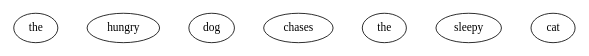
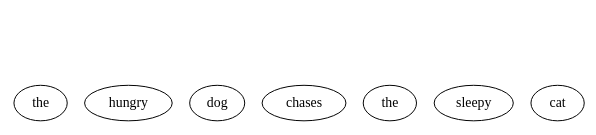
Before and after one commit to rickneff/rickneff.github.io: the first of 20 diagrams in home-stretch/last-chapter.org, drawn with Graphviz. The commit also changed other lines of this file and 19 other files, not shown here.

```diff
--- a/home-stretch/last-chapter.org
+++ b/home-stretch/last-chapter.org
@@ -689,23 +708,25 @@
-#+BEGIN_SRC dot :file img/fig-leaves-of-the-parse-tree.png
+#+BEGIN_SRC dot :file img/fig-leaves-of-the-parse-tree.png :results output :exports results :eval no-export
   graph leaves {
-    rankdir="LR";
-    size="6,1";
+    size="6,3";
 
+    node [shape=none label=""] pa;
     node [shape=ellipse];
 
     a [label=the];
     b [label=hungry];
     c [label=dog];
     d [label=chases];
     e [label=the];
     f [label=sleepy];
     g [label=cat];
 
+    pa -- a [style=invis];
     a -- b [style=invis];
     b -- c [style=invis];
     c -- d [style=invis];
     d -- e [style=invis];
     e -- f [style=invis];
     f -- g [style=invis];
+    { rank=same; a b c d e f g }
   }
 #+END_SRC
```
